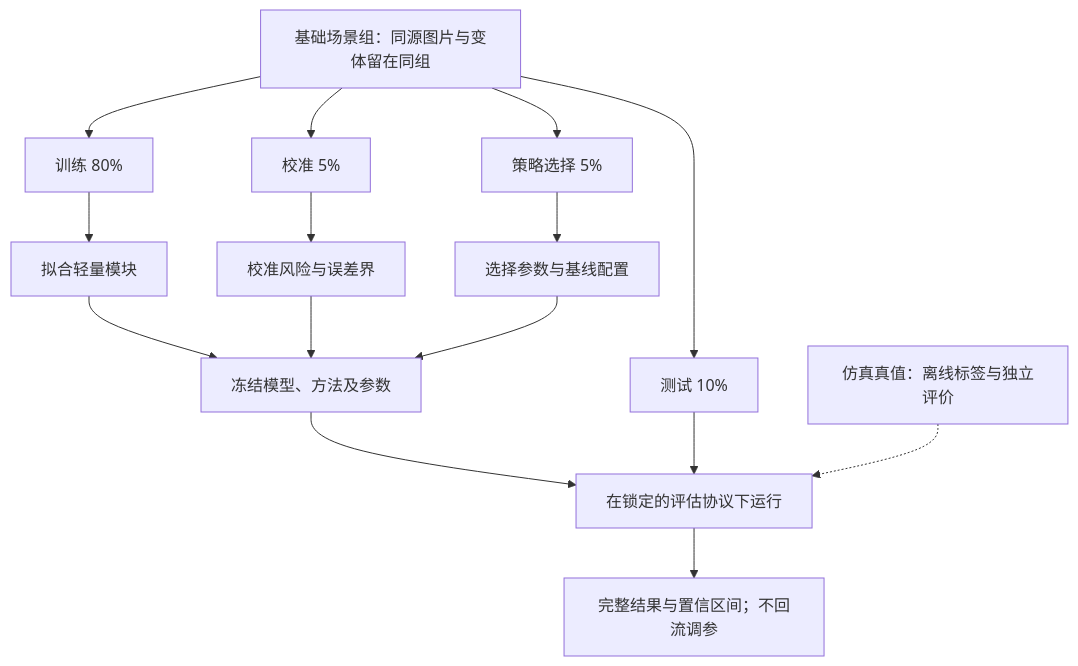
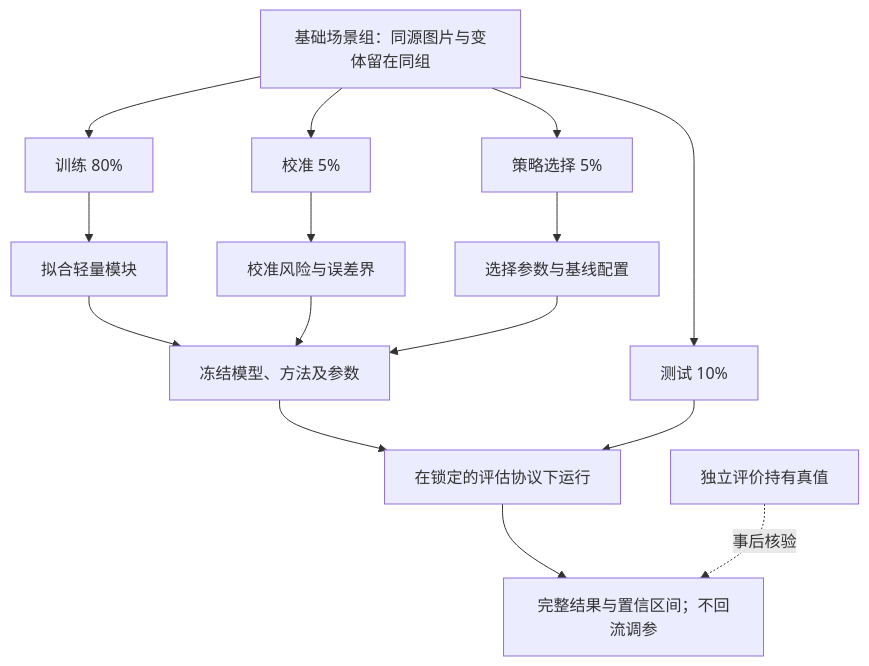
The seventh of 9 diagrams in output/doc/20261002-opening-proposal/开题报告_零基础项目准备与图解说明.md (ningyd98/BIG-small), drawn with Mermaid before and after one commit. The commit also changed other lines of this file and 33 other files, not shown here.

````diff
--- a/output/doc/20261002-opening-proposal/开题报告_零基础项目准备与图解说明.md
+++ b/output/doc/20261002-opening-proposal/开题报告_零基础项目准备与图解说明.md
@@ -492,17 +492,17 @@
 ```mermaid
 flowchart TD
     A["基础场景组：同源图片与变体留在同组"] --> B["训练 80%"]
     A --> C["校准 5%"]
     A --> D["策略选择 5%"]
     A --> E["测试 10%"]
     B --> F["拟合轻量模块"]
     C --> G["校准风险与误差界"]
     D --> H["选择参数与基线配置"]
     F --> I["冻结模型、方法及参数"]
     G --> I
     H --> I
     I --> J["在锁定的评估协议下运行"]
     E --> J
-    K["仿真真值：离线标签与独立评价"] -.-> J
     J --> L["完整结果与置信区间；不回流调参"]
+    K["独立评价持有真值"] -.事后核验.-> L
 ```
````
